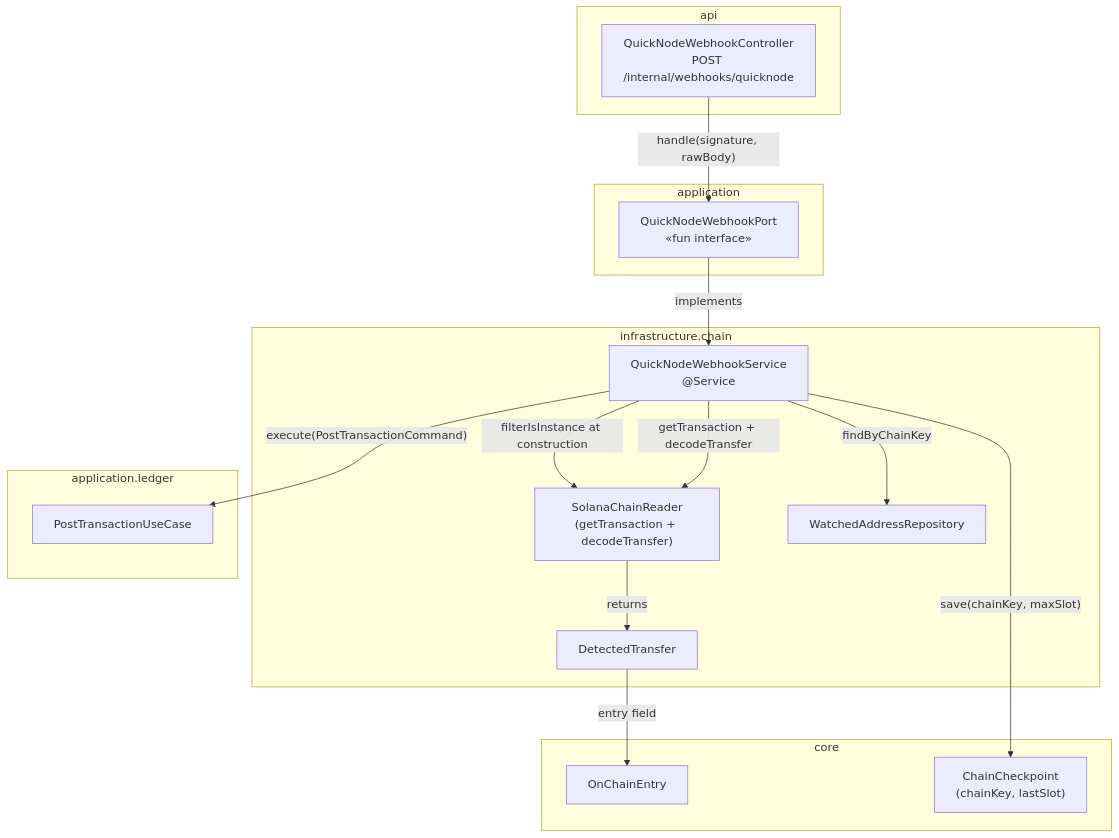
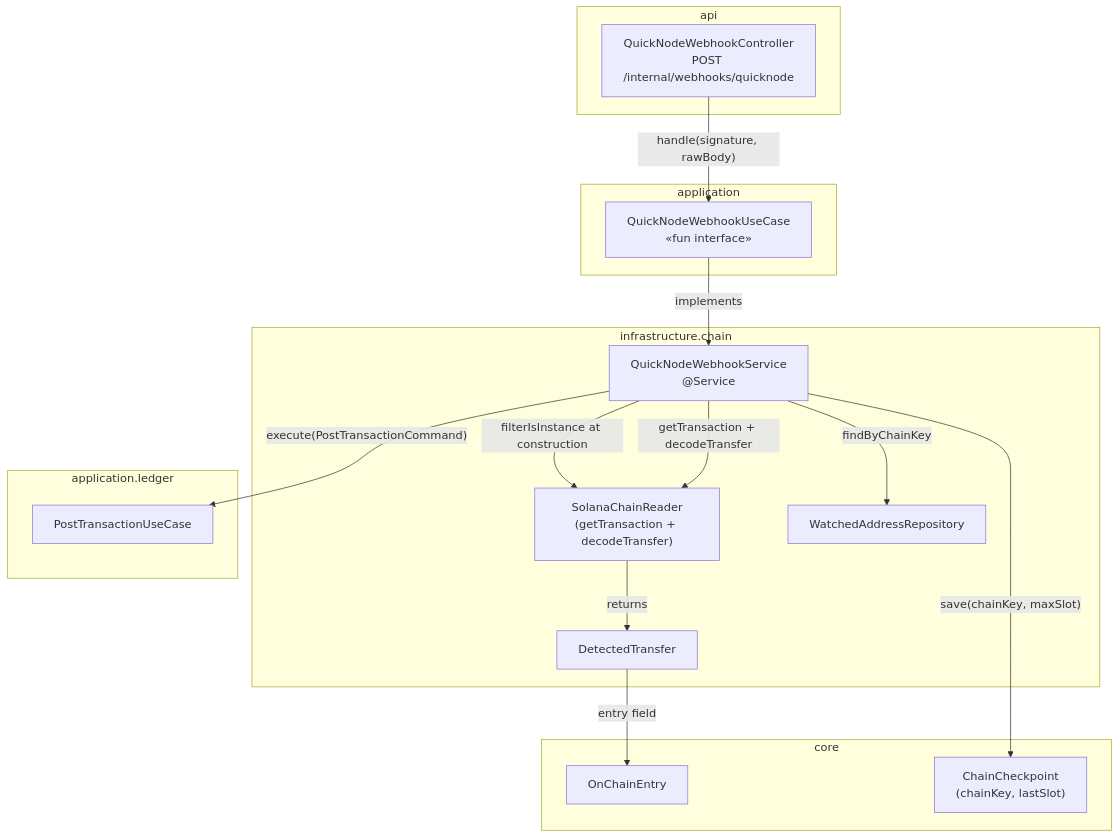
Before and after one commit to idem-finance/idem: the first of 2 diagrams in docs/solana-webhook-receiver.md, drawn with Mermaid. The commit also changed other lines of this file and 9 other files, not shown here.

First line of the commit message:
refactor: rename AlchemyWebhookPort and QuickNodeWebhookPort to *UseCase (#131)

````diff
--- a/docs/solana-webhook-receiver.md
+++ b/docs/solana-webhook-receiver.md
@@ -31,36 +31,36 @@
 ```mermaid
 graph TD
     subgraph api
         CTRL["QuickNodeWebhookController\nPOST /internal/webhooks/quicknode"]
     end
 
     subgraph application
-        PORT["QuickNodeWebhookPort\n«fun interface»"]
+        PORT["QuickNodeWebhookUseCase\n«fun interface»"]
     end
 
     subgraph infrastructure.chain
         SVC["QuickNodeWebhookService\n@Service"]
         SCR["SolanaChainReader\n(getTransaction + decodeTransfer)"]
         WAR["WatchedAddressRepository"]
         DT["DetectedTransfer"]
     end
 
     subgraph core
         OnChainEntry["OnChainEntry"]
         ChainCheckpoint["ChainCheckpoint\n(chainKey, lastSlot)"]
     end
 
     subgraph application.ledger
         PS["PostTransactionUseCase"]
     end
 
     CTRL -->|"handle(signature, rawBody)"| PORT
     PORT -->|"implements"| SVC
     SVC -->|"filterIsInstance at construction"| SCR
     SVC -->|"findByChainKey"| WAR
     SVC -->|"getTransaction + decodeTransfer"| SCR
     SCR -->|"returns"| DT
     DT -->|"entry field"| OnChainEntry
     SVC -->|"execute(PostTransactionCommand)"| PS
     SVC -->|"save(chainKey, maxSlot)"| ChainCheckpoint
 ```
````
